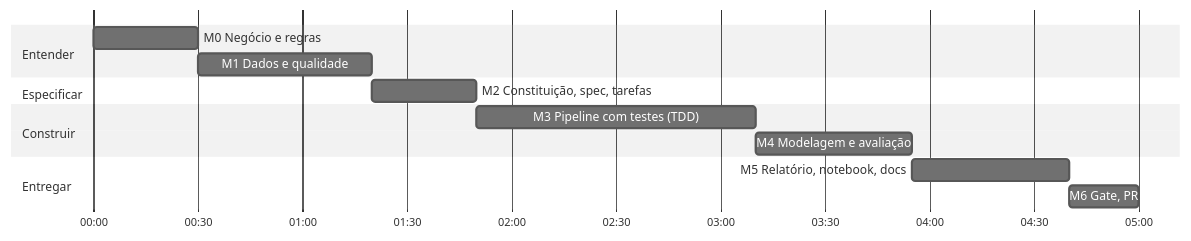
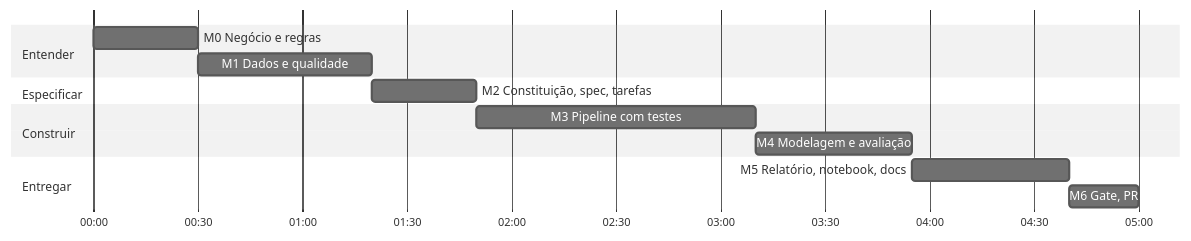
The diagram in submissions/geoffrey-porto/docs/01-plano-de-trabalho.md (geoffreyporto/ai-master-challenge), drawn with Mermaid (neutral theme) before and after one commit. The commit also changed other lines of this file, not shown here.

````diff
--- a/submissions/geoffrey-porto/docs/01-plano-de-trabalho.md
+++ b/submissions/geoffrey-porto/docs/01-plano-de-trabalho.md
@@ -11,16 +15,16 @@
 ```mermaid
 gantt
     dateFormat HH:mm
     axisFormat %H:%M
     section Entender
     M0 Negócio e regras            :m0, 00:00, 30m
     M1 Dados e qualidade           :m1, after m0, 50m
     section Especificar
     M2 Constituição, spec, tarefas :m2, after m1, 30m
     section Construir
-    M3 Pipeline com testes (TDD)   :m3, after m2, 80m
+    M3 Pipeline com testes         :m3, after m2, 80m
     M4 Modelagem e avaliação       :m4, after m3, 45m
     section Entregar
     M5 Relatório, notebook, docs   :m5, after m4, 45m
     M6 Gate, PR                    :m6, after m5, 20m
 ```
````
